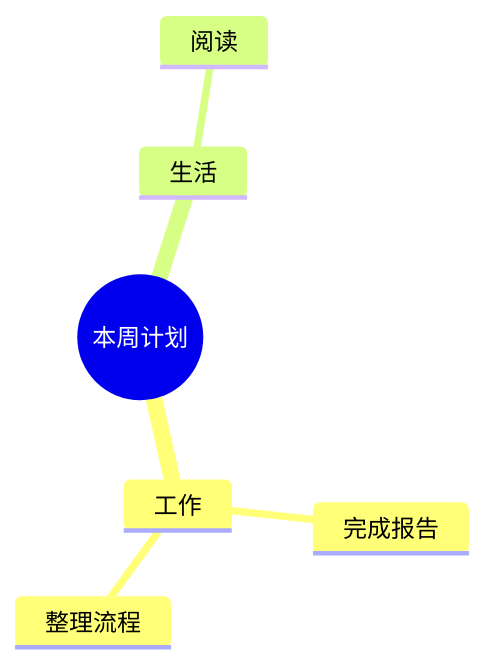
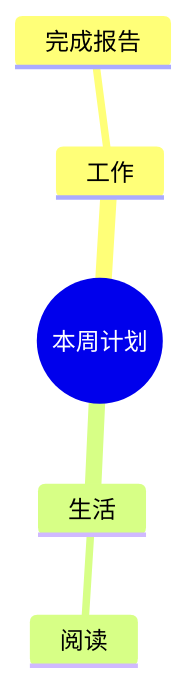
The second of 2 diagrams in docs/user-guide.md (IvyGAOWei2/Mermaid-Live-Editor), drawn with Mermaid before and after one commit. The commit also changed other lines of this file and 39 other files, not shown here.

Commit message:
feat: implement Chinese Mermaid editor v0.1

````diff
--- a/docs/user-guide.md
+++ b/docs/user-guide.md
@@ -38,9 +68,8 @@
 ```mermaid
 mindmap
   root((本周计划))
     工作
       完成报告
-      整理流程
     生活
       阅读
 ```
````
